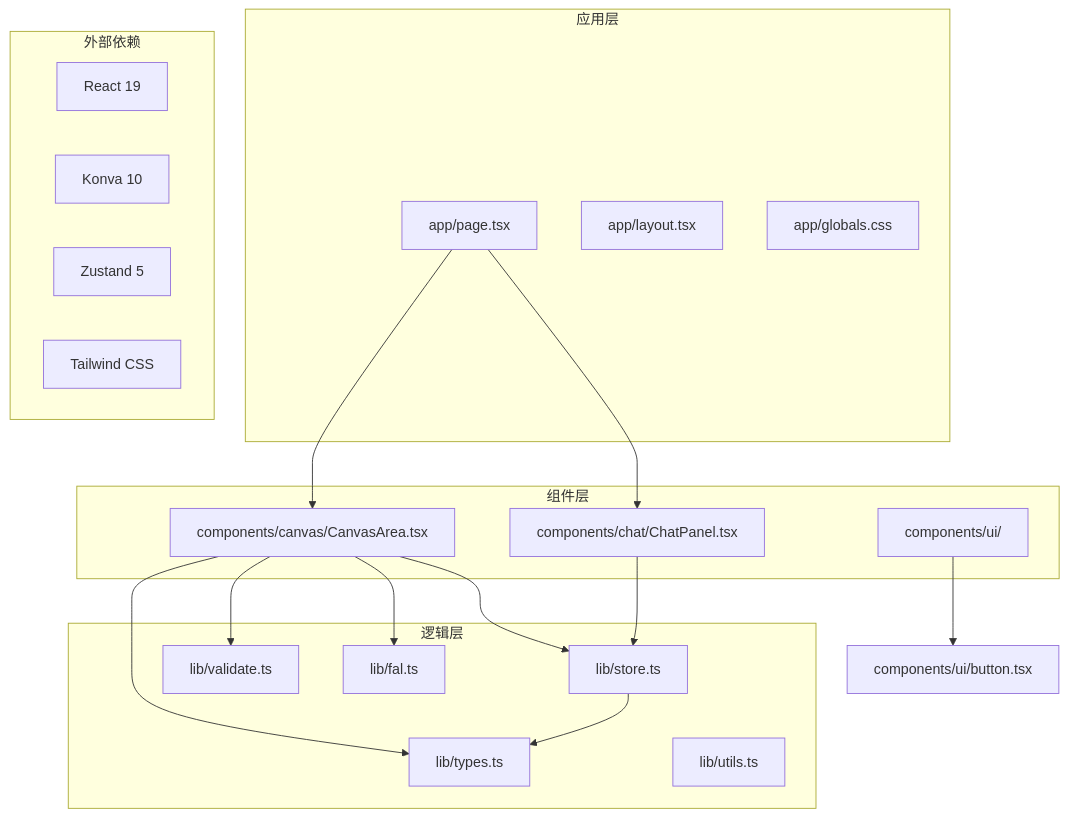
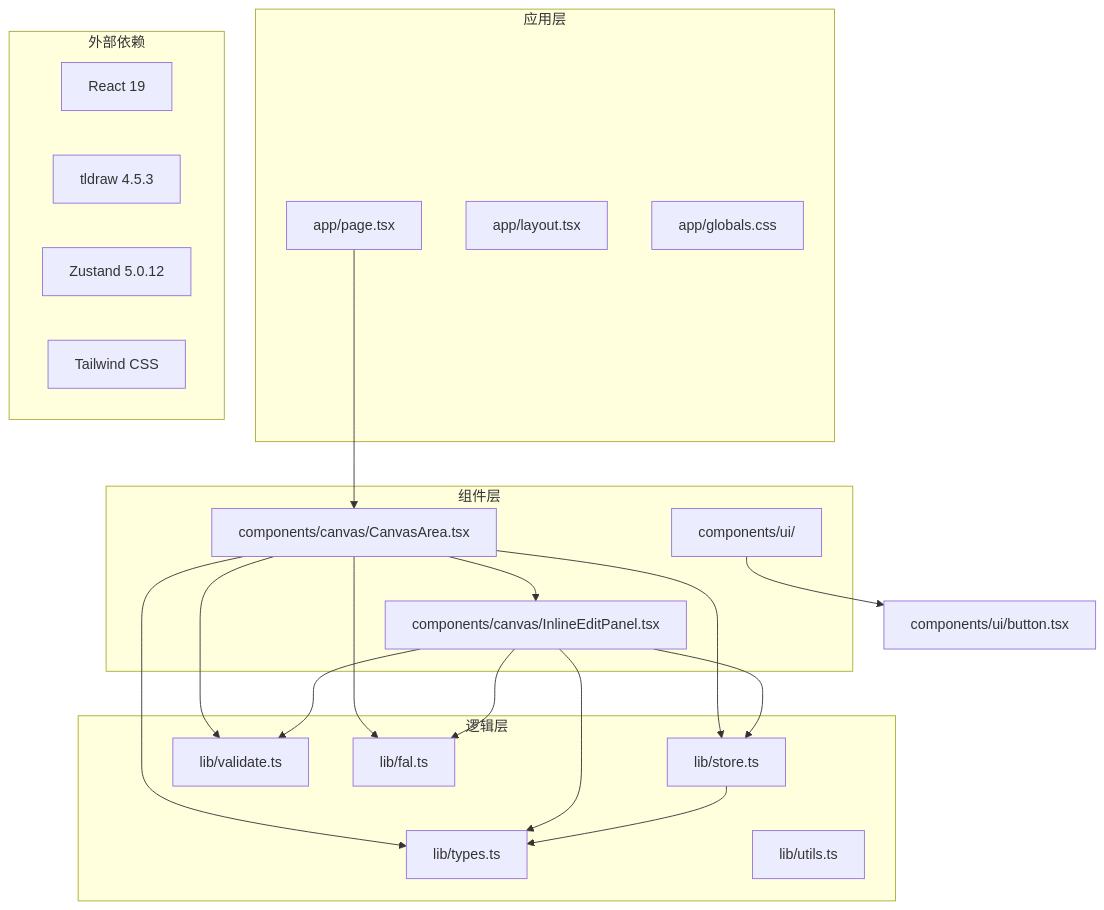
One commit to billye220670/BananaFlow2 changed the first of 13 diagrams in .qoder/repowiki/zh/content/核心功能模块/画布交互系统.md. Above: the diagram before and after it, drawn with Mermaid. The commit also changed other lines of this file and 29 other files, not shown here.

````diff
--- a/.qoder/repowiki/zh/content/核心功能模块/画布交互系统.md
+++ b/.qoder/repowiki/zh/content/核心功能模块/画布交互系统.md
@@ -38,35 +49,38 @@
 ```mermaid
 graph TB
 subgraph "应用层"
 App[app/page.tsx]
 Layout[app/layout.tsx]
 Styles[app/globals.css]
 end
 subgraph "组件层"
 Canvas[components/canvas/CanvasArea.tsx]
-Chat[components/chat/ChatPanel.tsx]
+InlineEdit[components/canvas/InlineEditPanel.tsx]
 UI[components/ui/]
 end
 subgraph "逻辑层"
 Store[lib/store.ts]
 Types[lib/types.ts]
 Utils[lib/utils.ts]
 Validate[lib/validate.ts]
 FAL[lib/fal.ts]
 end
 subgraph "外部依赖"
 React[React 19]
-Konva[Konva 10]
-Zustand[Zustand 5]
+Tldraw[tldraw 4.5.3]
+Zustand[Zustand 5.0.12]
 Tailwind[Tailwind CSS]
 end
 App --> Canvas
-App --> Chat
+Canvas --> InlineEdit
 Canvas --> Store
 Canvas --> Types
 Canvas --> Validate
 Canvas --> FAL
-Chat --> Store
+InlineEdit --> Store
+InlineEdit --> Types
+InlineEdit --> Validate
+InlineEdit --> FAL
 Store --> Types
 UI --> Button[components/ui/button.tsx]
 ```
````
